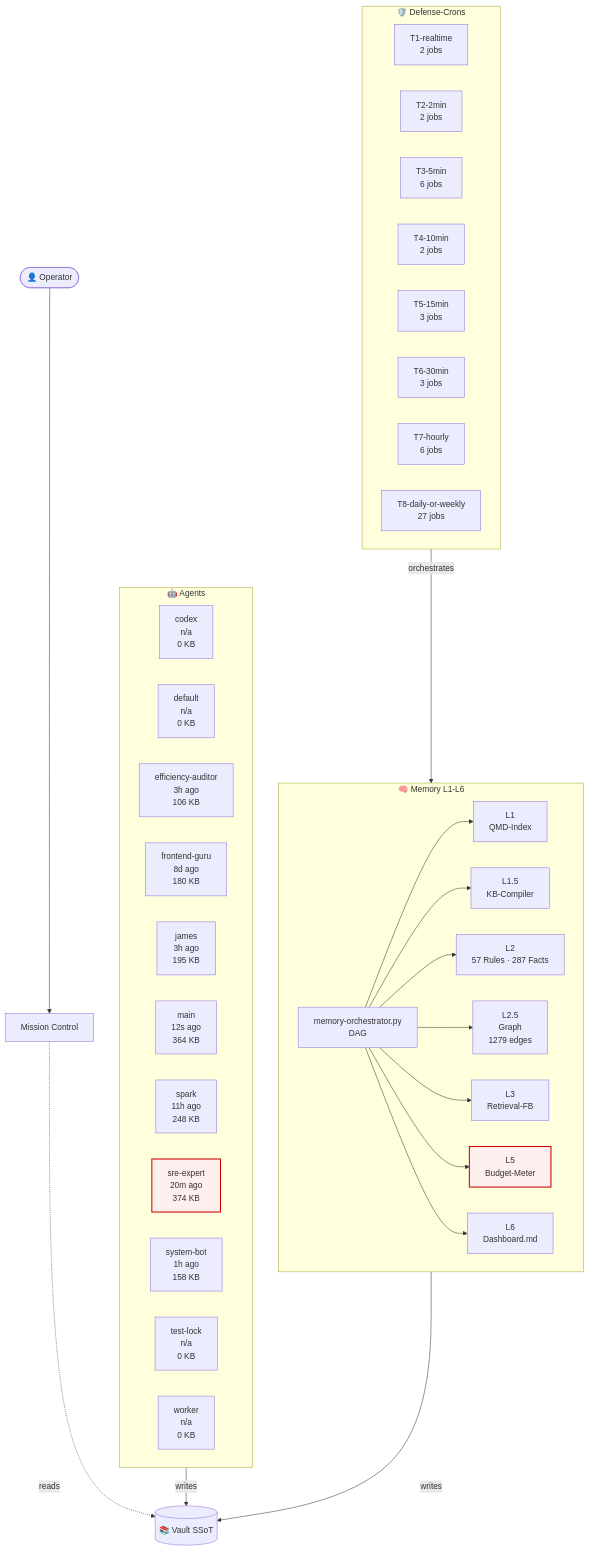
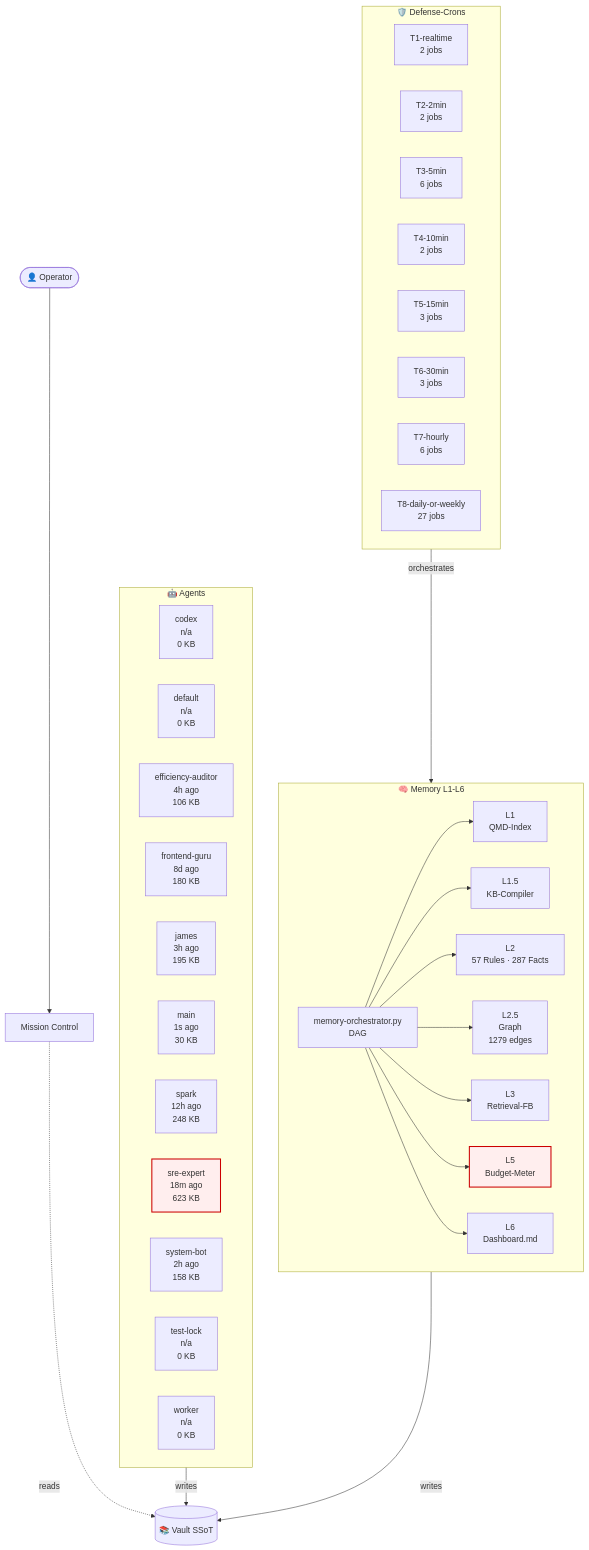
One commit to lenardhuebner88-rgb/openclaw-memory changed the diagram in 03-Agents/architecture-live.md. Above: the diagram before and after it, drawn with Mermaid. The commit also changed other lines of this file and 25 other files, not shown here.

````diff
--- a/03-Agents/architecture-live.md
+++ b/03-Agents/architecture-live.md
@@ -18,54 +18,54 @@
 ```mermaid
 flowchart TB
     classDef critical fill:#fee,stroke:#c00,stroke-width:2px;
     subgraph AGT["🤖 Agents"]
         agent_codex["codex<br/>n/a<br/>0 KB"]
         agent_default["default<br/>n/a<br/>0 KB"]
-        agent_efficiency_auditor["efficiency-auditor<br/>3h ago<br/>106 KB"]
+        agent_efficiency_auditor["efficiency-auditor<br/>4h ago<br/>106 KB"]
         agent_frontend_guru["frontend-guru<br/>8d ago<br/>180 KB"]
         agent_james["james<br/>3h ago<br/>195 KB"]
-        agent_main["main<br/>12s ago<br/>364 KB"]
-        agent_spark["spark<br/>11h ago<br/>248 KB"]
-        agent_sre_expert["sre-expert<br/>20m ago<br/>374 KB"]
-        agent_system_bot["system-bot<br/>1h ago<br/>158 KB"]
+        agent_main["main<br/>1s ago<br/>30 KB"]
+        agent_spark["spark<br/>12h ago<br/>248 KB"]
+        agent_sre_expert["sre-expert<br/>18m ago<br/>623 KB"]
+        agent_system_bot["system-bot<br/>2h ago<br/>158 KB"]
         agent_test_lock["test-lock<br/>n/a<br/>0 KB"]
         agent_worker["worker<br/>n/a<br/>0 KB"]
     end
     subgraph MEM["🧠 Memory L1-L6"]
         L1["L1<br/>QMD-Index"]
         L15["L1.5<br/>KB-Compiler"]
         L2["L2<br/>57 Rules · 287 Facts"]
         L25["L2.5<br/>Graph<br/>1279 edges"]
         L3["L3<br/>Retrieval-FB"]
         L5["L5<br/>Budget-Meter"]
         L6["L6<br/>Dashboard.md"]
         ORCH["memory-orchestrator.py<br/>DAG"]
     end
     subgraph CRN["🛡️ Defense-Crons"]
         tier_T1_realtime["T1-realtime<br/>2 jobs"]
         tier_T2_2min["T2-2min<br/>2 jobs"]
         tier_T3_5min["T3-5min<br/>6 jobs"]
         tier_T4_10min["T4-10min<br/>2 jobs"]
         tier_T5_15min["T5-15min<br/>3 jobs"]
         tier_T6_30min["T6-30min<br/>3 jobs"]
         tier_T7_hourly["T7-hourly<br/>6 jobs"]
         tier_T8_daily_or_weekly["T8-daily-or-weekly<br/>27 jobs"]
     end
     VAULT[("📚 Vault SSoT")]
     OP([👤 Operator])
     MC["Mission Control"]
     OP --> MC
     MC -.reads.-> VAULT
     AGT -->|writes| VAULT
     MEM -->|writes| VAULT
     ORCH --> L1
     ORCH --> L15
     ORCH --> L2
     ORCH --> L25
     ORCH --> L3
     ORCH --> L5
     ORCH --> L6
     CRN -->|orchestrates| MEM
     class L5 critical
     class agent_sre_expert critical
 ```
````
